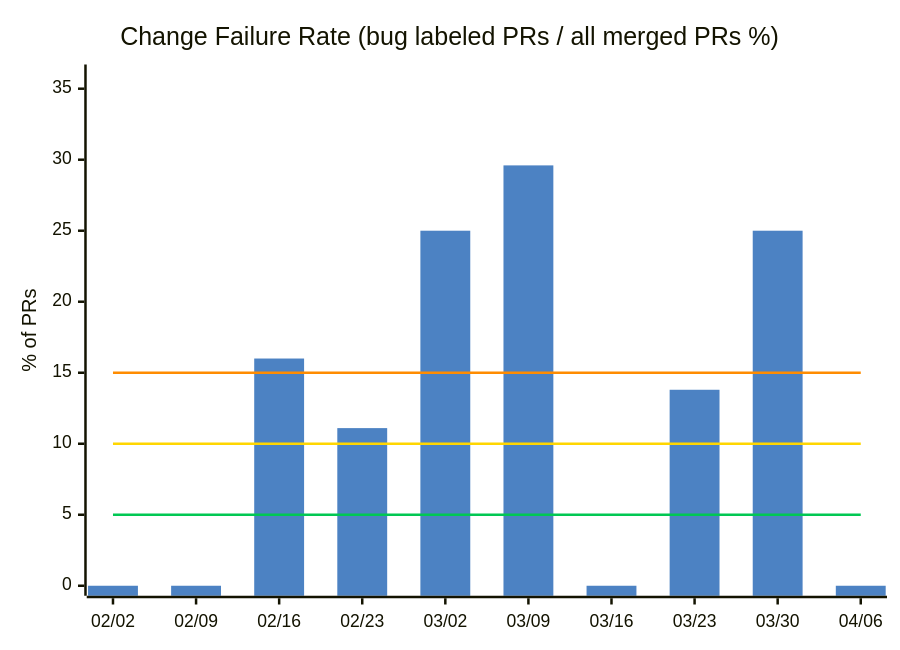
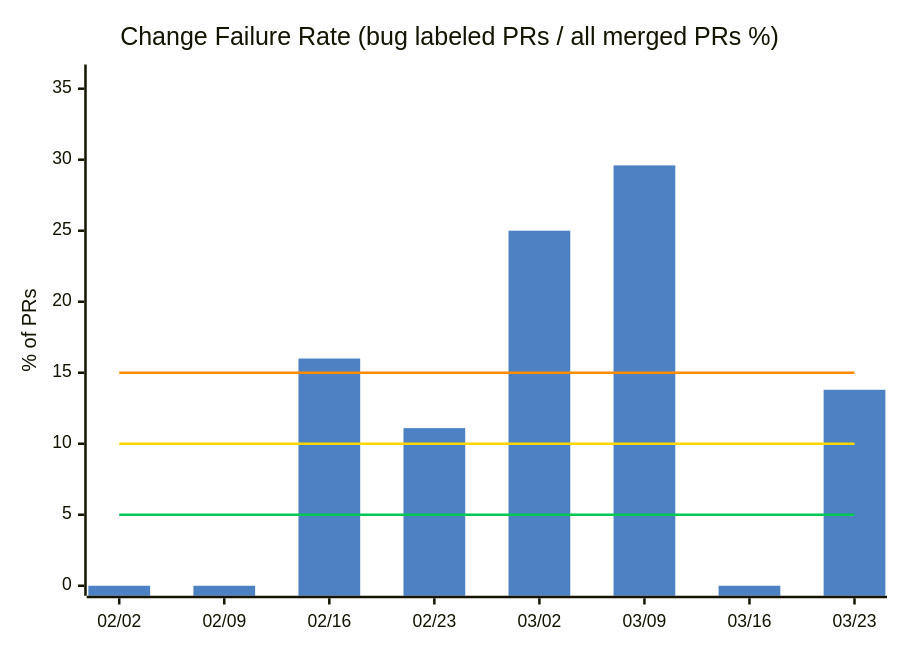
One commit to nablarch/nabledge-dev changed the third of 14 diagrams in docs/metrics.md. Above: the diagram before and after it, drawn with Mermaid. The commit also changed other lines of this file and 1 other file, not shown here.

````diff
--- a/docs/metrics.md
+++ b/docs/metrics.md
@@ -61,11 +61,11 @@
 ```mermaid
 %%{init: {'theme': 'base', 'themeVariables': {'xyChart': {'plotColorPalette': '#4C82C3,#00C853,#FFD600,#FF8C00'}}}}%%
 xychart-beta
   title "Change Failure Rate (bug labeled PRs / all merged PRs %)"
-  x-axis ["02/02", "02/09", "02/16", "02/23", "03/02", "03/09", "03/16", "03/23", "03/30", "04/06"]
+  x-axis ["02/02", "02/09", "02/16", "02/23", "03/02", "03/09", "03/16", "03/23"]
   y-axis "% of PRs" 0 --> 36
-  bar [0, 0, 16, 11.1, 25, 29.6, 0, 13.8, 25, 0]
-  line [5, 5, 5, 5, 5, 5, 5, 5, 5, 5]
-  line [10, 10, 10, 10, 10, 10, 10, 10, 10, 10]
-  line [15, 15, 15, 15, 15, 15, 15, 15, 15, 15]
+  bar [0, 0, 16, 11.1, 25, 29.6, 0, 13.8]
+  line [5, 5, 5, 5, 5, 5, 5, 5]
+  line [10, 10, 10, 10, 10, 10, 10, 10]
+  line [15, 15, 15, 15, 15, 15, 15, 15]
 ```
````
